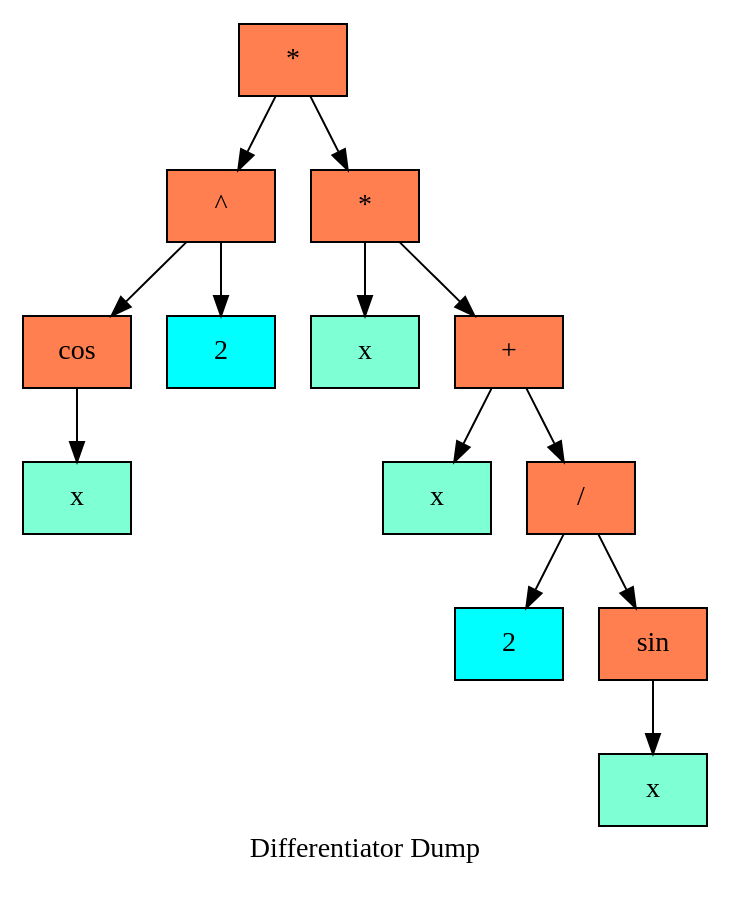
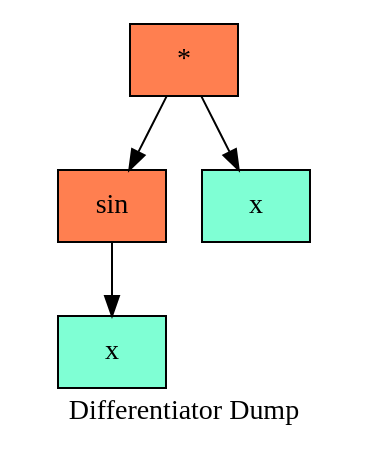
One commit to aidenfmunro/Differentiator changed the diagram in log/dot/treegraph_0.dot. Above: the diagram before and after it, drawn with Graphviz. The commit also changed 13 other files, not shown here.

```diff
--- a/log/dot/treegraph_0.dot
+++ b/log/dot/treegraph_0.dot
@@ -1,31 +1,13 @@
   digraph tree  {
   node[   shape     = "Mrecord",  style     = "filled",  fillcolor = "aqua",  fontcolor = "#000000",  margin    = "0.075"];
   rankdir   = "TB";
 
   label     = "Differentiator Dump";
 "node0" [shape = "record", label = "{*}", fillcolor = "coral"]
-"node1" [shape = "record", label = "{^}", fillcolor = "coral"]
-"node2" [shape = "record", label = "{cos}", fillcolor = "coral"]
+"node1" [shape = "record", label = "{sin}", fillcolor = "coral"]
+"node2" [shape = "record", label = "{x}", fillcolor = "aquamarine"]
+"node1" -> "node2"
+"node0" -> "node1"
 "node3" [shape = "record", label = "{x}", fillcolor = "aquamarine"]
-"node2" -> "node3"
-"node1" -> "node2"
-"node4" [shape = "record", label = "{2}", fillcolor = "aqua"]
-"node1" -> "node4"
-"node0" -> "node1"
-"node5" [shape = "record", label = "{*}", fillcolor = "coral"]
-"node6" [shape = "record", label = "{x}", fillcolor = "aquamarine"]
-"node5" -> "node6"
-"node7" [shape = "record", label = "{+}", fillcolor = "coral"]
-"node8" [shape = "record", label = "{x}", fillcolor = "aquamarine"]
-"node7" -> "node8"
-"node9" [shape = "record", label = "{/}", fillcolor = "coral"]
-"node10" [shape = "record", label = "{2}", fillcolor = "aqua"]
-"node9" -> "node10"
-"node11" [shape = "record", label = "{sin}", fillcolor = "coral"]
-"node12" [shape = "record", label = "{x}", fillcolor = "aquamarine"]
-"node11" -> "node12"
-"node9" -> "node11"
-"node7" -> "node9"
-"node5" -> "node7"
-"node0" -> "node5"
+"node0" -> "node3"
   }
```
